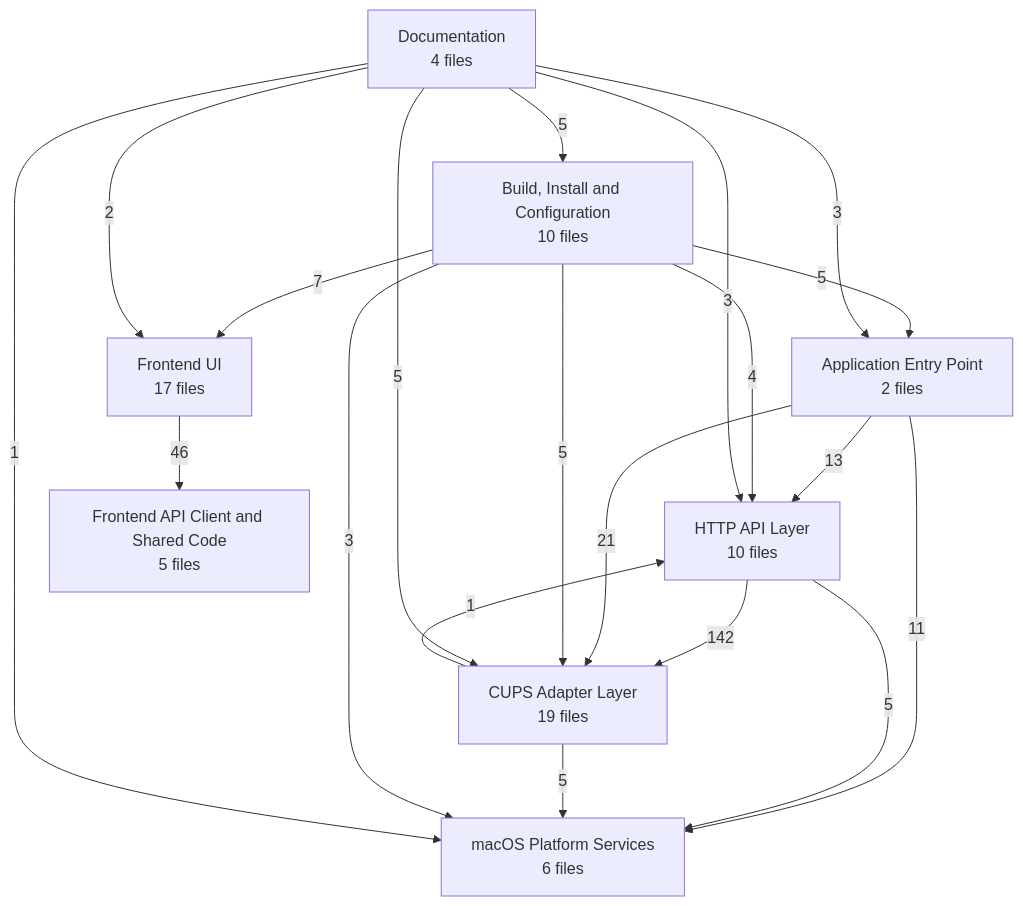
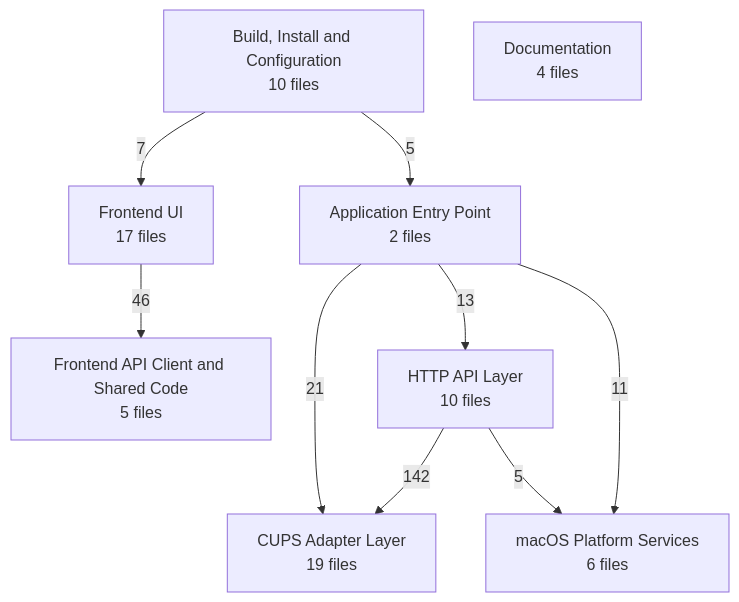
One commit to dominicferri/cups-web-interface changed the first of 2 diagrams in README.md. Above: the diagram before and after it, drawn with Mermaid. The commit also changed other lines of this file, not shown here.

Commit message:
README: draw only the strongest links in the project map diagrams

````diff
--- a/README.md
+++ b/README.md
@@ -240,30 +242,19 @@
 ```mermaid
 flowchart TD
   L0["HTTP API Layer<br/>10 files"]
   L1["Application Entry Point<br/>2 files"]
   L2["Frontend UI<br/>17 files"]
   L3["Build, Install and Configuration<br/>10 files"]
   L4["Documentation<br/>4 files"]
   L5["macOS Platform Services<br/>6 files"]
   L6["Frontend API Client and Shared Code<br/>5 files"]
   L7["CUPS Adapter Layer<br/>19 files"]
   L0 -->|142| L7
   L2 -->|46| L6
   L1 -->|21| L7
   L1 -->|13| L0
   L1 -->|11| L5
   L3 -->|7| L2
   L0 -->|5| L5
   L3 -->|5| L1
-  L3 -->|5| L7
-  L4 -->|5| L3
-  L4 -->|5| L7
-  L7 -->|5| L5
-  L3 -->|4| L0
-  L3 -->|3| L5
-  L4 -->|3| L0
-  L4 -->|3| L1
-  L4 -->|2| L2
-  L4 -->|1| L5
-  L7 -->|1| L0
 ```
````
